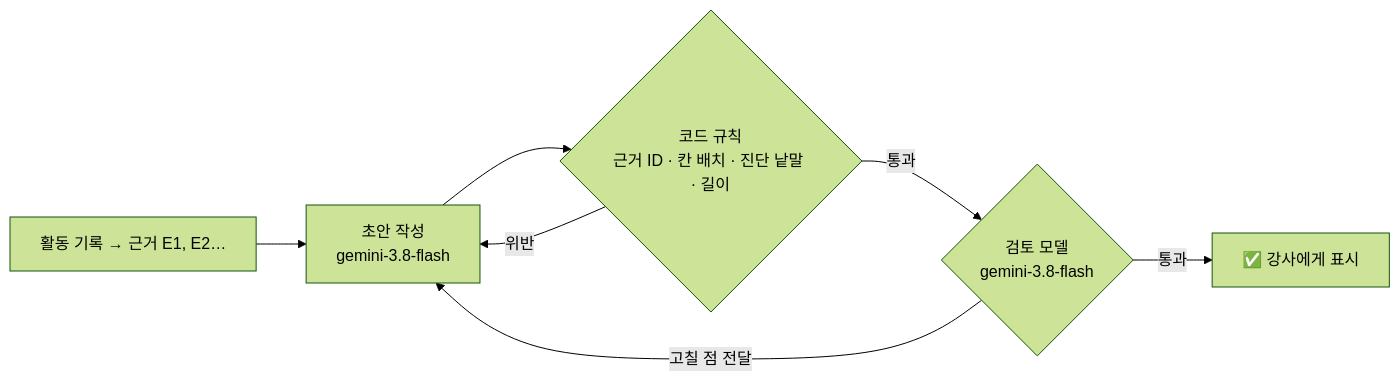
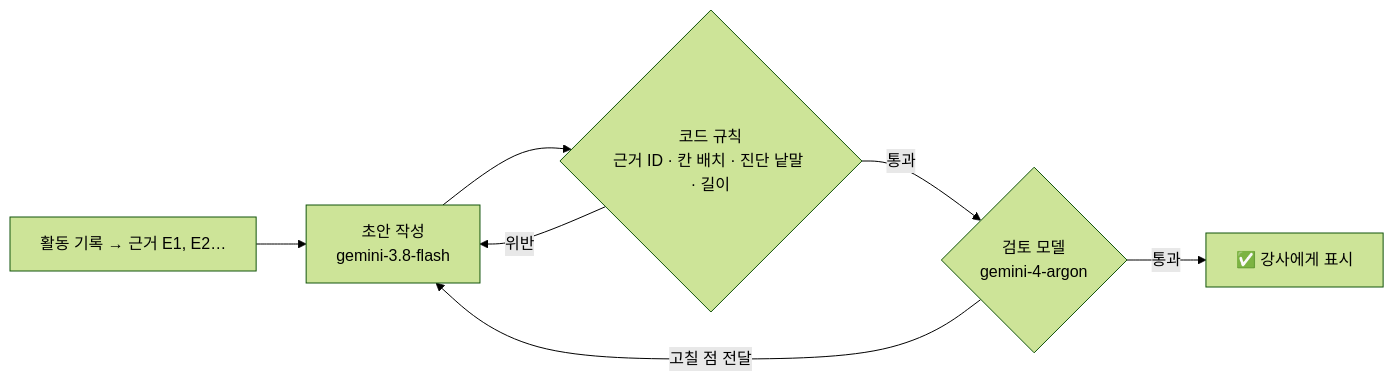
One commit to kakaotechcampus-4/ktc4-chonnam-4 changed the second of 3 diagrams in README.md. Above: the diagram before and after it, drawn with Mermaid (forest theme). The commit also changed other lines of this file, not shown here.

First line of the commit message:
docs: README 에 에이전트 워크플로우 비용·시간 실측 표를 넣고 리포트 검토 모델을 Argon 으로 적는다

````diff
--- a/README.md
+++ b/README.md
@@ -277,9 +277,9 @@
 ```mermaid
 flowchart LR
   E["활동 기록 → 근거 E1, E2…"] --> D["초안 작성<br/>gemini-3.8-flash"]
   D --> R{"코드 규칙<br/>근거 ID · 칸 배치 · 진단 낱말 · 길이"}
   R -- "위반" --> D
-  R -- "통과" --> V{"검토 모델<br/>gemini-3.8-flash"}
+  R -- "통과" --> V{"검토 모델<br/>gemini-4-argon"}
   V -- "고칠 점 전달" --> D
   V -- "통과" --> OK["✅ 강사에게 표시"]
 ```
````
